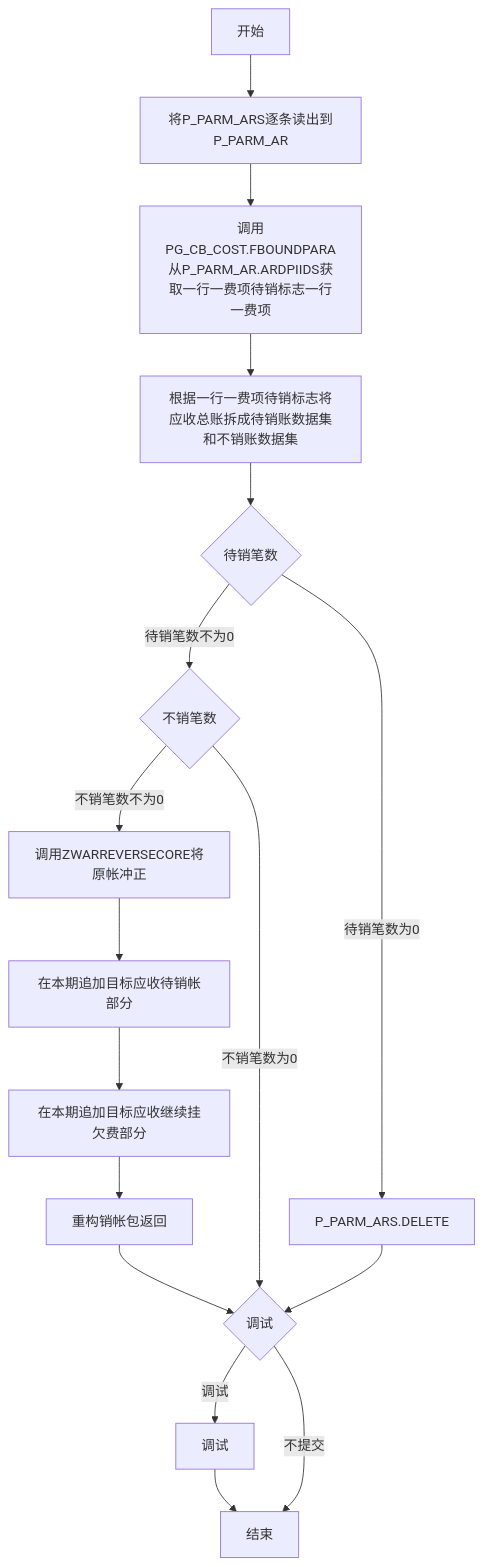
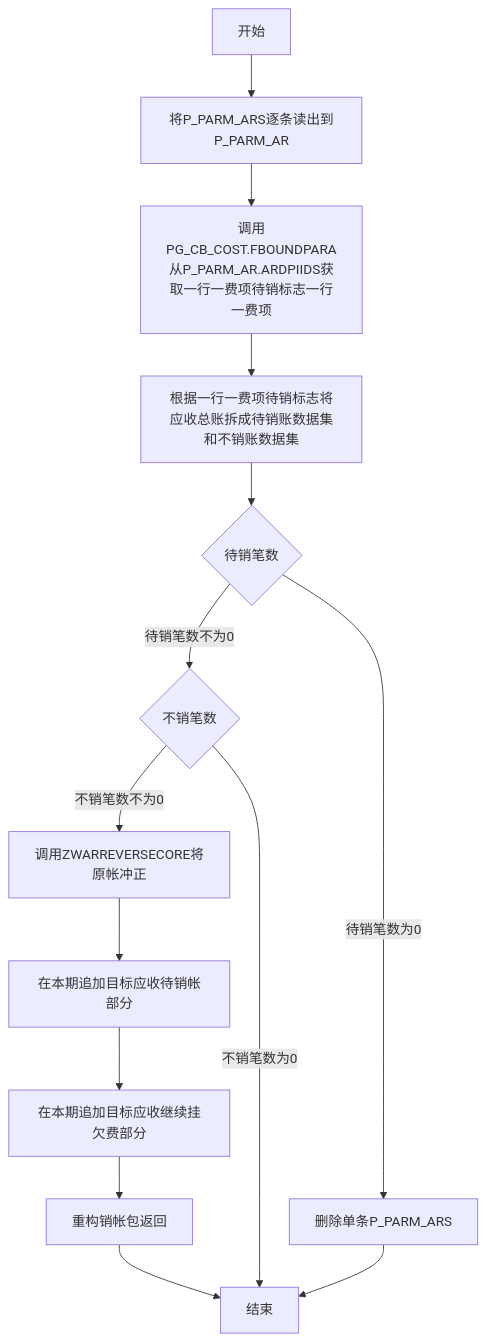
Diagram 34 of 51 in 02.业务梳理流程图简化版_v2020.11.md (liuwentao001/20201001HRBZLS), drawn with Mermaid before and after one commit. The commit also changed other lines of this file and 8 other files, not shown here.

````diff
--- a/02.业务梳理流程图简化版_v2020.11.md
+++ b/02.业务梳理流程图简化版_v2020.11.md
@@ -592,7 +1155,6 @@
 ```mermaid
 graph TD
-开始-->将P_PARM_ARS逐条读出到P_PARM_AR-->调用PG_CB_COST.FBOUNDPARA从P_PARM_AR.ARDPIIDS获取一行一费项待销标志一行一费项-->根据一行一费项待销标志将应收总账拆成待销账数据集和不销账数据集-->A1{待销笔数}--待销笔数不为0-->A2{不销笔数}--不销笔数不为0-->调用ZWARREVERSECORE将原帐冲正-->在本期追加目标应收待销帐部分-->在本期追加目标应收继续挂欠费部分-->重构销帐包返回-->A3{调试}--调试-->调试-->结束
-A1--待销笔数为0-->P_PARM_ARS.DELETE-->A3
-A2--不销笔数为0-->A3
-A3--不提交-->结束
+开始-->将P_PARM_ARS逐条读出到P_PARM_AR-->调用PG_CB_COST.FBOUNDPARA从P_PARM_AR.ARDPIIDS获取一行一费项待销标志一行一费项-->根据一行一费项待销标志将应收总账拆成待销账数据集和不销账数据集-->A1{待销笔数}--待销笔数不为0-->A2{不销笔数}--不销笔数不为0-->调用ZWARREVERSECORE将原帐冲正-->在本期追加目标应收待销帐部分-->在本期追加目标应收继续挂欠费部分-->重构销帐包返回-->结束
+A1--待销笔数为0-->删除单条P_PARM_ARS-->结束
+A2--不销笔数为0-->结束
 ```
````
